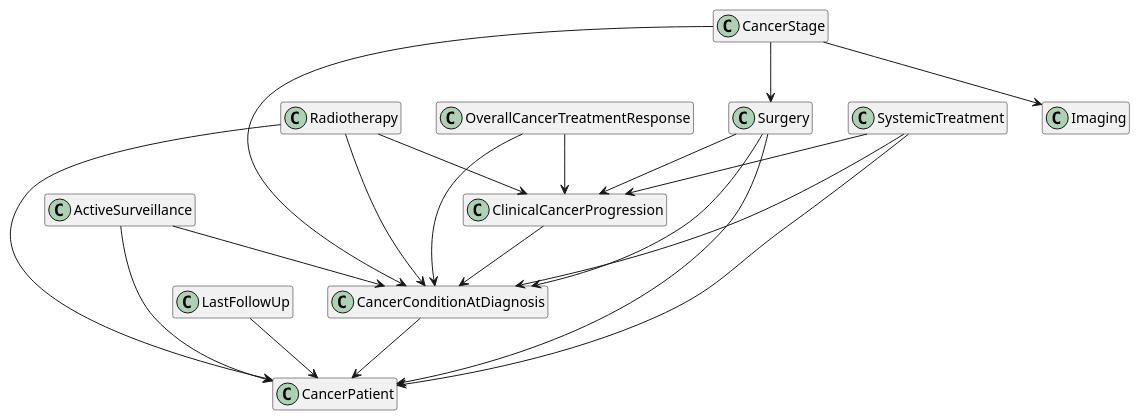
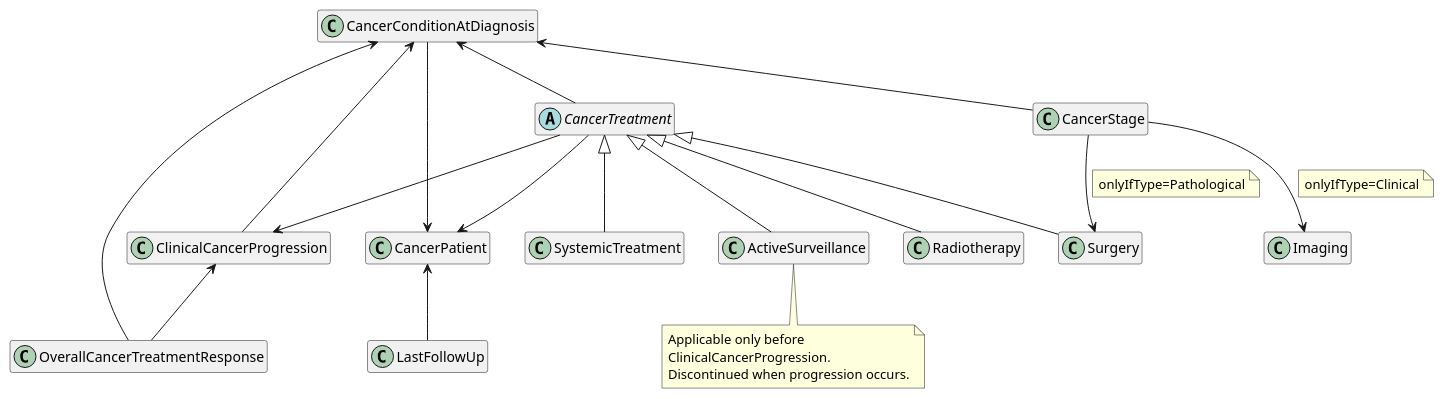
The diagram in input/images-source/CancerLogicalModel_LM_refs.plantuml (hl7-eu/cancer-common), drawn with PlantUML before and after one commit. The commit also changed 1 other file, not shown here.

Commit message:
Logical Models Figure updates
Updates to the representation of entities and their relationships

```diff
--- a/input/images-source/CancerLogicalModel_LM_refs.plantuml
+++ b/input/images-source/CancerLogicalModel_LM_refs.plantuml
@@ -1,38 +1,76 @@
 @startuml
 hide empty members
 skinparam classAttributeIconSize 0
 
 ' Classes derived from logical models
 class ActiveSurveillance
 class CancerConditionAtDiagnosis
 class CancerPatient
 class CancerStage
 class ClinicalCancerProgression
 class Imaging
 class LastFollowUp
 class OverallCancerTreatmentResponse
 class Radiotherapy
 class Surgery
 class SystemicTreatment
 
 ' Relationships derived from Reference() fields
-ActiveSurveillance --> CancerPatient
+/' ActiveSurveillance --> CancerPatient
 ActiveSurveillance --> CancerConditionAtDiagnosis
 CancerConditionAtDiagnosis --> CancerPatient
 CancerStage --> CancerConditionAtDiagnosis
 CancerStage --> Surgery
+note on link
+onlyIfType=Pathological
+end note
 CancerStage --> Imaging
+note on link
+onlyIfType=Clinical
+end note
 ClinicalCancerProgression --> CancerConditionAtDiagnosis
 LastFollowUp --> CancerPatient
 OverallCancerTreatmentResponse --> CancerConditionAtDiagnosis
 OverallCancerTreatmentResponse --> ClinicalCancerProgression
 Radiotherapy --> CancerPatient
 Radiotherapy --> CancerConditionAtDiagnosis
 Radiotherapy --> ClinicalCancerProgression
 Surgery --> CancerPatient
 Surgery --> CancerConditionAtDiagnosis
 Surgery --> ClinicalCancerProgression
 SystemicTreatment --> CancerPatient
 SystemicTreatment --> CancerConditionAtDiagnosis
-SystemicTreatment --> ClinicalCancerProgression
+SystemicTreatment --> ClinicalCancerProgression '/
+
+
+abstract class CancerTreatment
+
+CancerTreatment-u->CancerConditionAtDiagnosis
+CancerTreatment --> CancerPatient
+CancerConditionAtDiagnosis --> CancerPatient
+CancerStage -u-> CancerConditionAtDiagnosis
+CancerStage --> Surgery
+note on link
+onlyIfType=Pathological
+end note
+CancerStage --> Imaging
+note on link
+onlyIfType=Clinical
+end note
+ClinicalCancerProgression -u-> CancerConditionAtDiagnosis
+LastFollowUp -u-> CancerPatient
+OverallCancerTreatmentResponse -u-> CancerConditionAtDiagnosis
+OverallCancerTreatmentResponse -u-> ClinicalCancerProgression
+CancerTreatment --> ClinicalCancerProgression
+CancerTreatment <|-- Radiotherapy
+CancerTreatment <|-- SystemicTreatment
+CancerTreatment <|-- Surgery
+CancerTreatment <|-- ActiveSurveillance
+note bottom of ActiveSurveillance
+Applicable only before 
+ClinicalCancerProgression.
+Discontinued when progression occurs.
+end note
+
+
 @enduml
```
